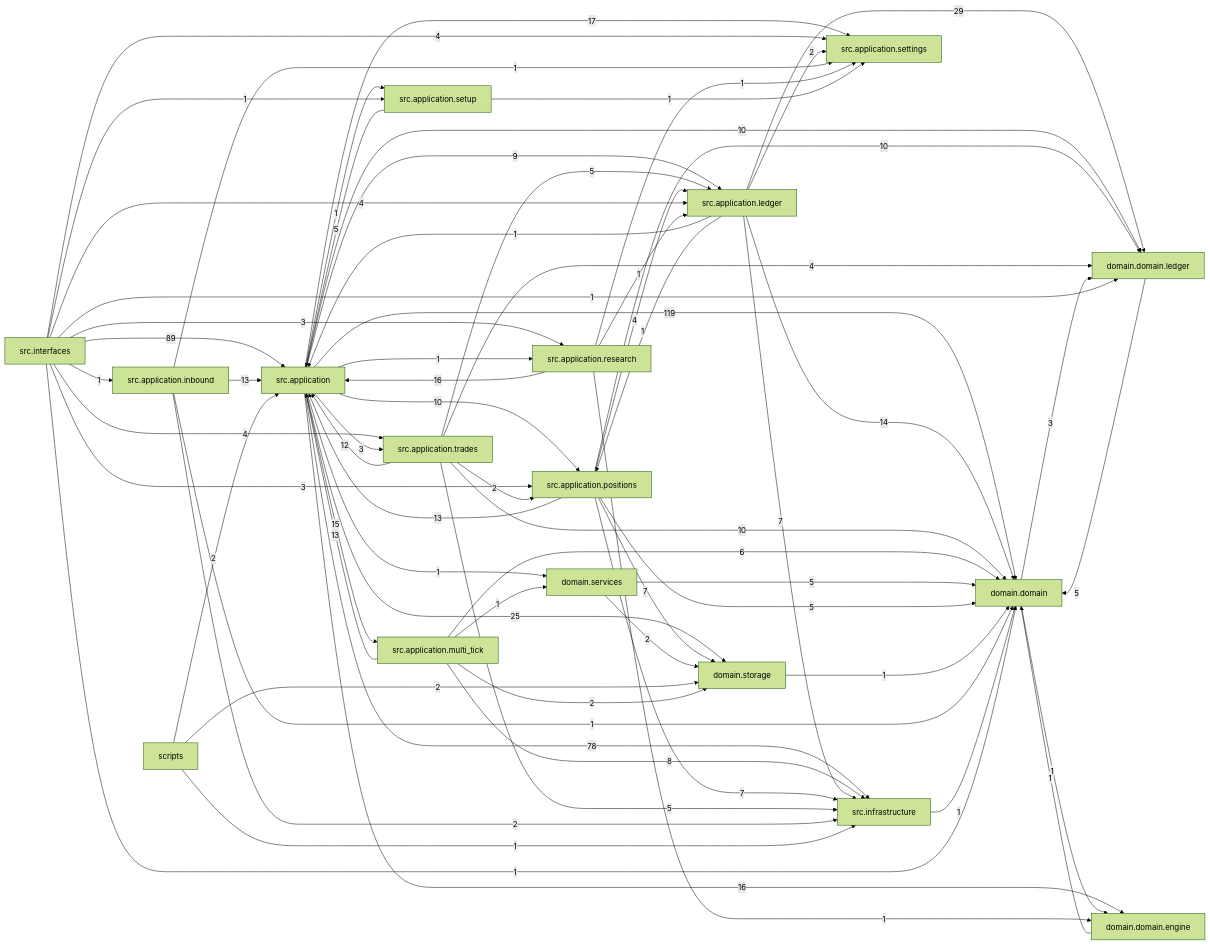
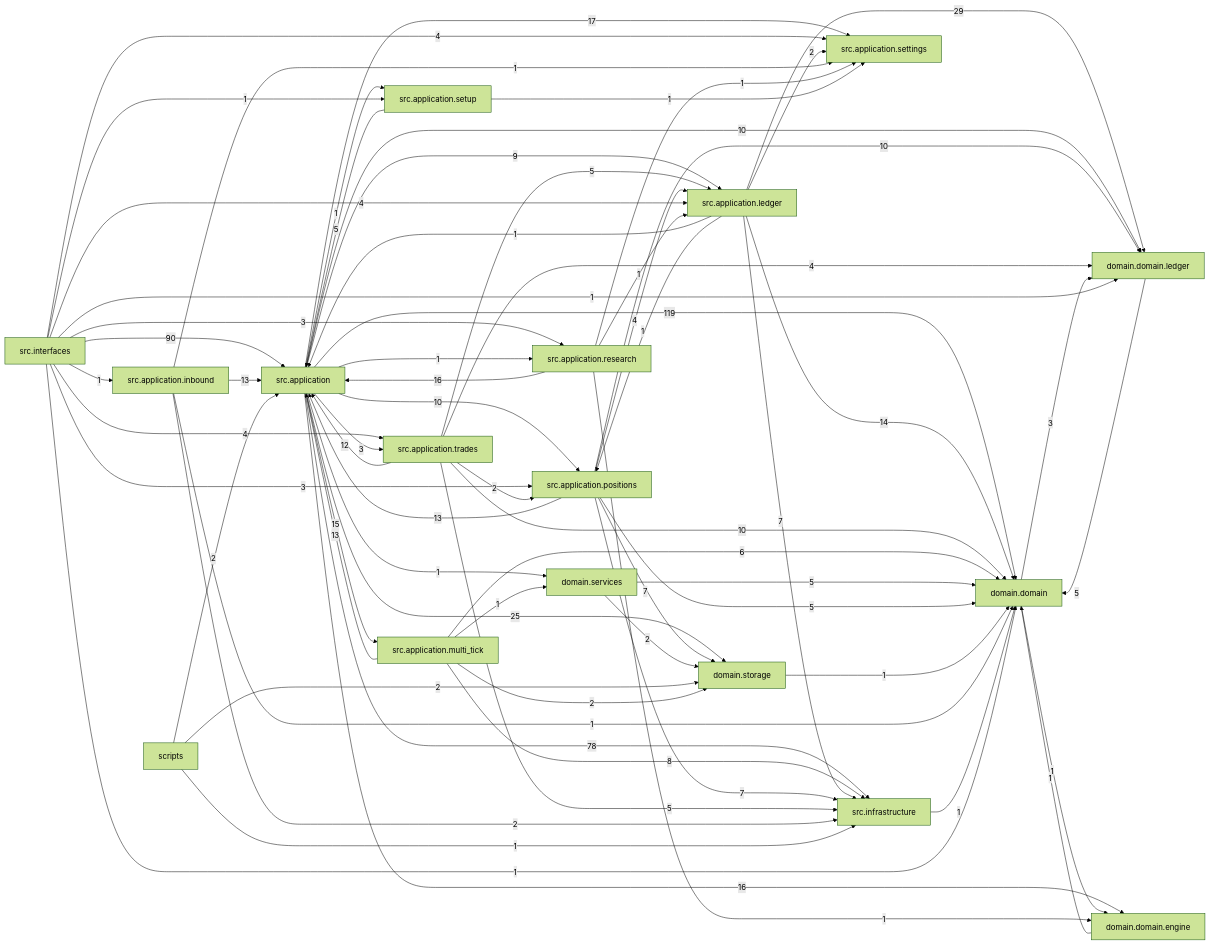
One commit to liuxie066/options-monitor changed the diagram in docs/dependency_graph.mmd. Above: the diagram before and after it, drawn with Mermaid (forest theme). The commit also changed 1 other file, not shown here.

Commit message:
chore: refresh dependency graph for 1.2.305

```diff
--- a/docs/dependency_graph.mmd
+++ b/docs/dependency_graph.mmd
@@ -1,68 +1,68 @@
 flowchart LR
   src_application["src.application"] -->|119| domain_domain["domain.domain"]
-  src_interfaces["src.interfaces"] -->|89| src_application["src.application"]
+  src_interfaces["src.interfaces"] -->|90| src_application["src.application"]
   src_application["src.application"] -->|78| src_infrastructure["src.infrastructure"]
   src_application_ledger["src.application.ledger"] -->|29| domain_domain_ledger["domain.domain.ledger"]
   src_application["src.application"] -->|25| domain_storage["domain.storage"]
   src_application["src.application"] -->|17| src_application_settings["src.application.settings"]
   src_application["src.application"] -->|16| domain_domain_engine["domain.domain.engine"]
   src_application_research["src.application.research"] -->|16| src_application["src.application"]
   src_application["src.application"] -->|15| src_application_multi_tick["src.application.multi_tick"]
   src_application_ledger["src.application.ledger"] -->|14| domain_domain["domain.domain"]
   src_application_inbound["src.application.inbound"] -->|13| src_application["src.application"]
   src_application_multi_tick["src.application.multi_tick"] -->|13| src_application["src.application"]
   src_application_positions["src.application.positions"] -->|13| src_application["src.application"]
   src_application_trades["src.application.trades"] -->|12| src_application["src.application"]
   src_application["src.application"] -->|10| domain_domain_ledger["domain.domain.ledger"]
   src_application["src.application"] -->|10| src_application_positions["src.application.positions"]
   src_application_positions["src.application.positions"] -->|10| domain_domain_ledger["domain.domain.ledger"]
   src_application_trades["src.application.trades"] -->|10| domain_domain["domain.domain"]
   src_application["src.application"] -->|9| src_application_ledger["src.application.ledger"]
   src_application_multi_tick["src.application.multi_tick"] -->|8| src_infrastructure["src.infrastructure"]
   src_application_ledger["src.application.ledger"] -->|7| src_infrastructure["src.infrastructure"]
   src_application_positions["src.application.positions"] -->|7| domain_storage["domain.storage"]
   src_application_positions["src.application.positions"] -->|7| src_infrastructure["src.infrastructure"]
   src_application_multi_tick["src.application.multi_tick"] -->|6| domain_domain["domain.domain"]
   domain_domain_ledger["domain.domain.ledger"] -->|5| domain_domain["domain.domain"]
   domain_services["domain.services"] -->|5| domain_domain["domain.domain"]
   src_application_positions["src.application.positions"] -->|5| domain_domain["domain.domain"]
   src_application_setup["src.application.setup"] -->|5| src_application["src.application"]
   src_application_trades["src.application.trades"] -->|5| src_application_ledger["src.application.ledger"]
   src_application_trades["src.application.trades"] -->|5| src_infrastructure["src.infrastructure"]
   src_application_positions["src.application.positions"] -->|4| src_application_ledger["src.application.ledger"]
   src_application_trades["src.application.trades"] -->|4| domain_domain_ledger["domain.domain.ledger"]
   src_interfaces["src.interfaces"] -->|4| src_application_ledger["src.application.ledger"]
   src_interfaces["src.interfaces"] -->|4| src_application_settings["src.application.settings"]
   src_interfaces["src.interfaces"] -->|4| src_application_trades["src.application.trades"]
   domain_domain["domain.domain"] -->|3| domain_domain_ledger["domain.domain.ledger"]
   src_application["src.application"] -->|3| src_application_trades["src.application.trades"]
   src_interfaces["src.interfaces"] -->|3| src_application_positions["src.application.positions"]
   src_interfaces["src.interfaces"] -->|3| src_application_research["src.application.research"]
   domain_services["domain.services"] -->|2| domain_storage["domain.storage"]
   scripts["scripts"] -->|2| domain_storage["domain.storage"]
   scripts["scripts"] -->|2| src_application["src.application"]
   src_application_inbound["src.application.inbound"] -->|2| src_infrastructure["src.infrastructure"]
   src_application_ledger["src.application.ledger"] -->|2| src_application_settings["src.application.settings"]
   src_application_multi_tick["src.application.multi_tick"] -->|2| domain_storage["domain.storage"]
   src_application_trades["src.application.trades"] -->|2| src_application_positions["src.application.positions"]
   domain_domain["domain.domain"] -->|1| domain_domain_engine["domain.domain.engine"]
   domain_domain_engine["domain.domain.engine"] -->|1| domain_domain["domain.domain"]
   domain_storage["domain.storage"] -->|1| domain_domain["domain.domain"]
   scripts["scripts"] -->|1| src_infrastructure["src.infrastructure"]
   src_application["src.application"] -->|1| domain_services["domain.services"]
   src_application["src.application"] -->|1| src_application_research["src.application.research"]
   src_application["src.application"] -->|1| src_application_setup["src.application.setup"]
   src_application_inbound["src.application.inbound"] -->|1| domain_domain["domain.domain"]
   src_application_inbound["src.application.inbound"] -->|1| src_application_settings["src.application.settings"]
   src_application_ledger["src.application.ledger"] -->|1| src_application["src.application"]
   src_application_ledger["src.application.ledger"] -->|1| src_application_positions["src.application.positions"]
   src_application_multi_tick["src.application.multi_tick"] -->|1| domain_services["domain.services"]
   src_application_research["src.application.research"] -->|1| domain_domain_engine["domain.domain.engine"]
   src_application_research["src.application.research"] -->|1| src_application_ledger["src.application.ledger"]
   src_application_research["src.application.research"] -->|1| src_application_settings["src.application.settings"]
   src_application_setup["src.application.setup"] -->|1| src_application_settings["src.application.settings"]
   src_infrastructure["src.infrastructure"] -->|1| domain_domain["domain.domain"]
   src_interfaces["src.interfaces"] -->|1| domain_domain["domain.domain"]
   src_interfaces["src.interfaces"] -->|1| domain_domain_ledger["domain.domain.ledger"]
   src_interfaces["src.interfaces"] -->|1| src_application_inbound["src.application.inbound"]
   src_interfaces["src.interfaces"] -->|1| src_application_setup["src.application.setup"]
```
